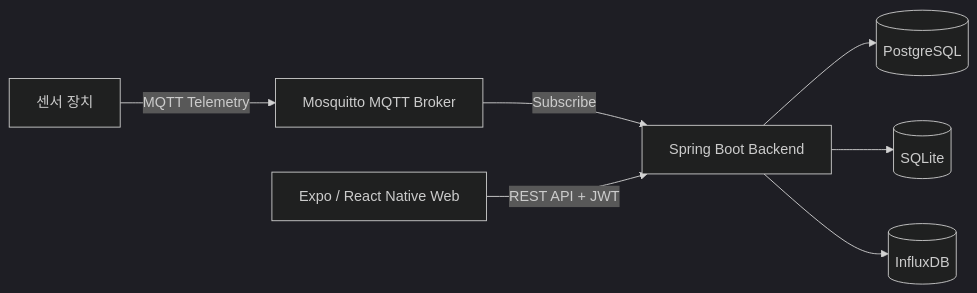
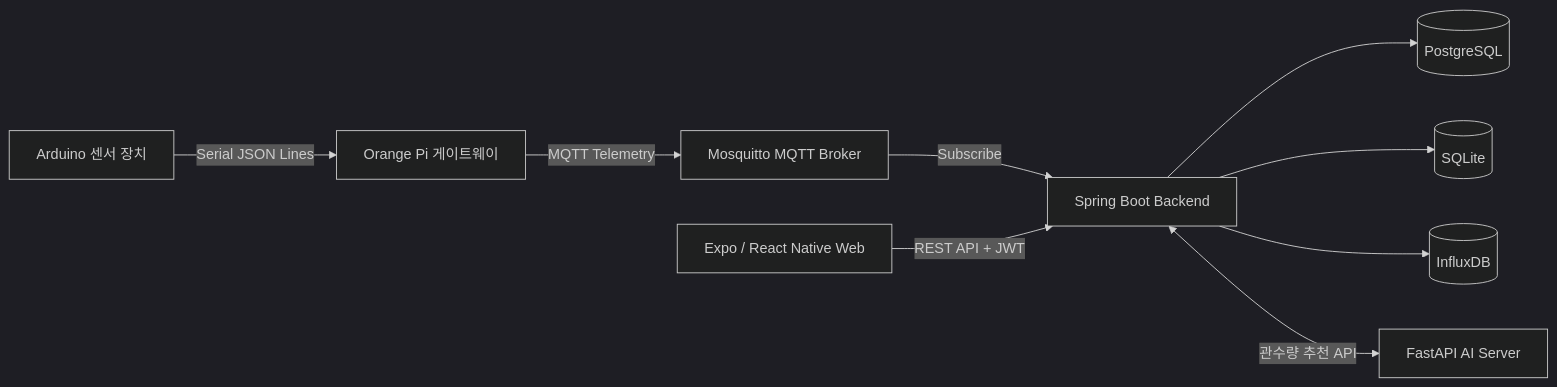
Before and after one commit to 7hyunii/pnuai-b-02-terrabyte: the first of 3 diagrams in README.md, drawn with Mermaid (dark theme). The commit also changed other lines of this file and 1 other file, not shown here.

````diff
--- a/README.md
+++ b/README.md
@@ -71,9 +76,11 @@
 ```mermaid
 flowchart LR
-    Sensor[센서 장치] -->|MQTT Telemetry| Broker[Mosquitto MQTT Broker]
+    Sensor[Arduino 센서 장치] -->|Serial JSON Lines| Edge[Orange Pi 게이트웨이]
+    Edge -->|MQTT Telemetry| Broker[Mosquitto MQTT Broker]
     Broker -->|Subscribe| Backend[Spring Boot Backend]
     Frontend[Expo / React Native Web] -->|REST API + JWT| Backend
     Backend --> PostgreSQL[(PostgreSQL)]
     Backend --> SQLite[(SQLite)]
     Backend --> InfluxDB[(InfluxDB)]
+    Backend <-->|관수량 추천 API| AiServer[FastAPI AI Server]
 ```
````
